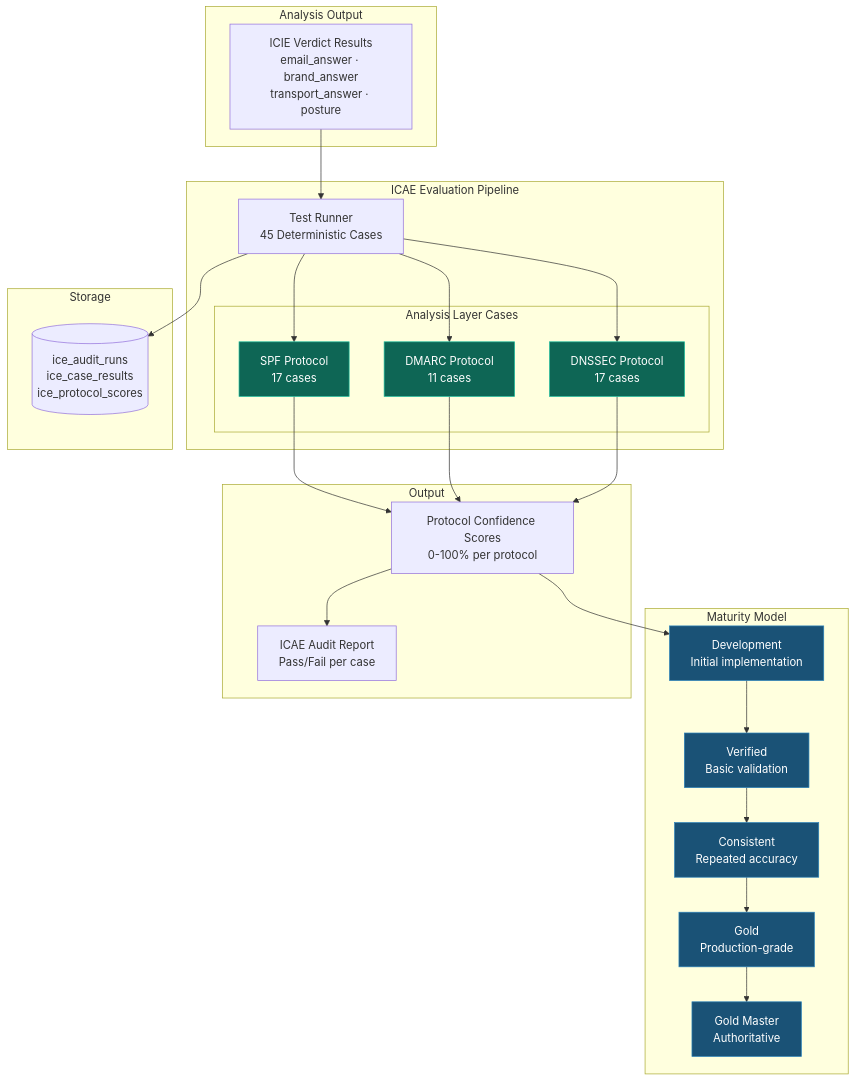
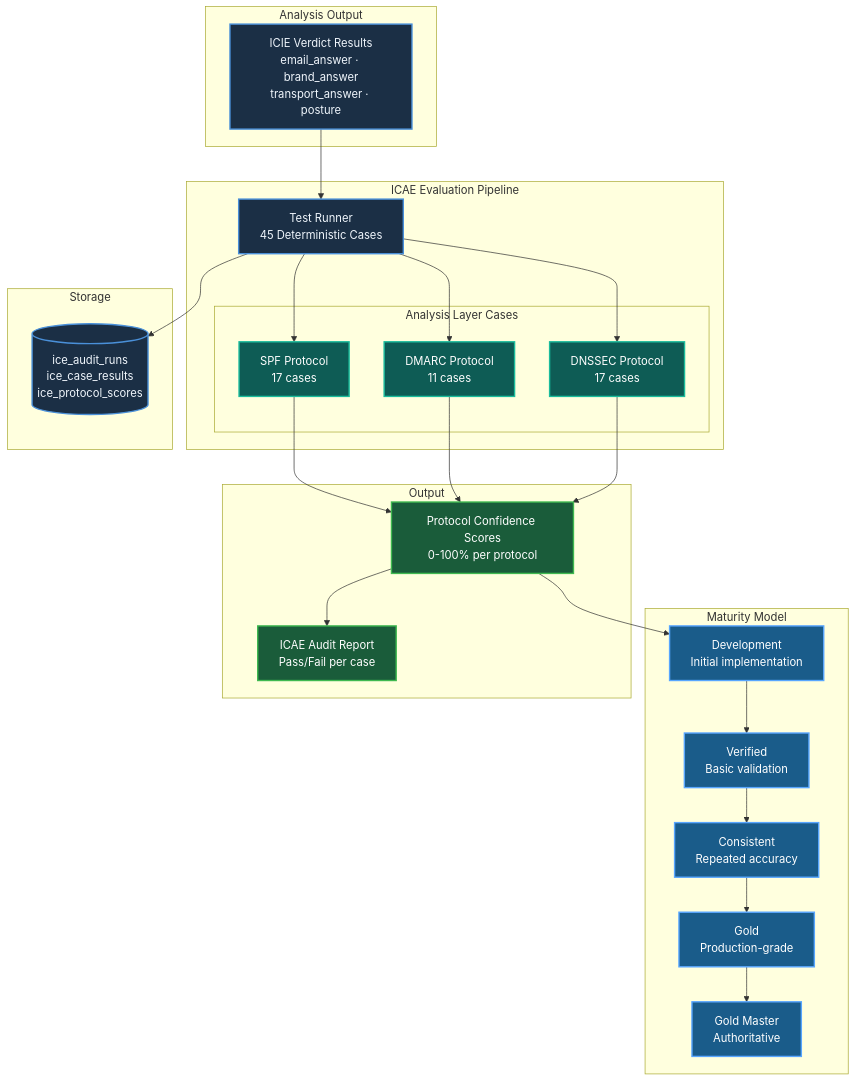
The third of 7 diagrams in docs/architecture/SYSTEM_ARCHITECTURE.md (careyjames/DnsToolWeb), drawn with Mermaid before and after one commit. The commit also changed other lines of this file and 1 other file, not shown here.

First line of the commit message:
Enhance system architecture diagrams with brighter colors and updated styling

````diff
--- a/docs/architecture/SYSTEM_ARCHITECTURE.md
+++ b/docs/architecture/SYSTEM_ARCHITECTURE.md
@@ -138,45 +150,48 @@
 ```mermaid
 graph TB
     subgraph "Analysis Output"
         Verdicts["ICIE Verdict Results<br/>email_answer · brand_answer<br/>transport_answer · posture"]
     end
 
     subgraph "ICAE Evaluation Pipeline"
         Runner["Test Runner<br/>45 Deterministic Cases"]
         
         subgraph "Analysis Layer Cases"
             SPFCases["SPF Protocol<br/>17 cases"]
             DMARCCases["DMARC Protocol<br/>11 cases"]
             DNSSECCases["DNSSEC Protocol<br/>17 cases"]
         end
     end
 
     subgraph "Maturity Model"
         Dev["Development<br/>Initial implementation"]
         Verified["Verified<br/>Basic validation"]
         Consistent["Consistent<br/>Repeated accuracy"]
         Gold["Gold<br/>Production-grade"]
         Master["Gold Master<br/>Authoritative"]
     end
 
     subgraph "Storage"
         DB[("ice_audit_runs<br/>ice_case_results<br/>ice_protocol_scores")]
     end
 
     subgraph "Output"
         Scores["Protocol Confidence Scores<br/>0-100% per protocol"]
         Report["ICAE Audit Report<br/>Pass/Fail per case"]
     end
 
     Verdicts --> Runner
     Runner --> SPFCases & DMARCCases & DNSSECCases
     SPFCases & DMARCCases & DNSSECCases --> Scores
     Scores --> Dev --> Verified --> Consistent --> Gold --> Master
     Runner --> DB
     Scores --> Report
 
-    classDef maturity fill:#1a5276,stroke:#2980b9,color:#fff
-    classDef cases fill:#0e6655,stroke:#1abc9c,color:#fff
+    classDef default fill:#1b2f45,stroke:#4a90d9,stroke-width:2px,color:#f0f6fc
+    classDef maturity fill:#1a5c8a,stroke:#58a6ff,stroke-width:2px,color:#fff
+    classDef cases fill:#0e5c55,stroke:#1abc9c,stroke-width:2px,color:#fff
+    classDef output fill:#1a5c3a,stroke:#3fb950,stroke-width:2px,color:#fff
     class Dev,Verified,Consistent,Gold,Master maturity
     class SPFCases,DMARCCases,DNSSECCases cases
+    class Scores,Report output
 ```
````
